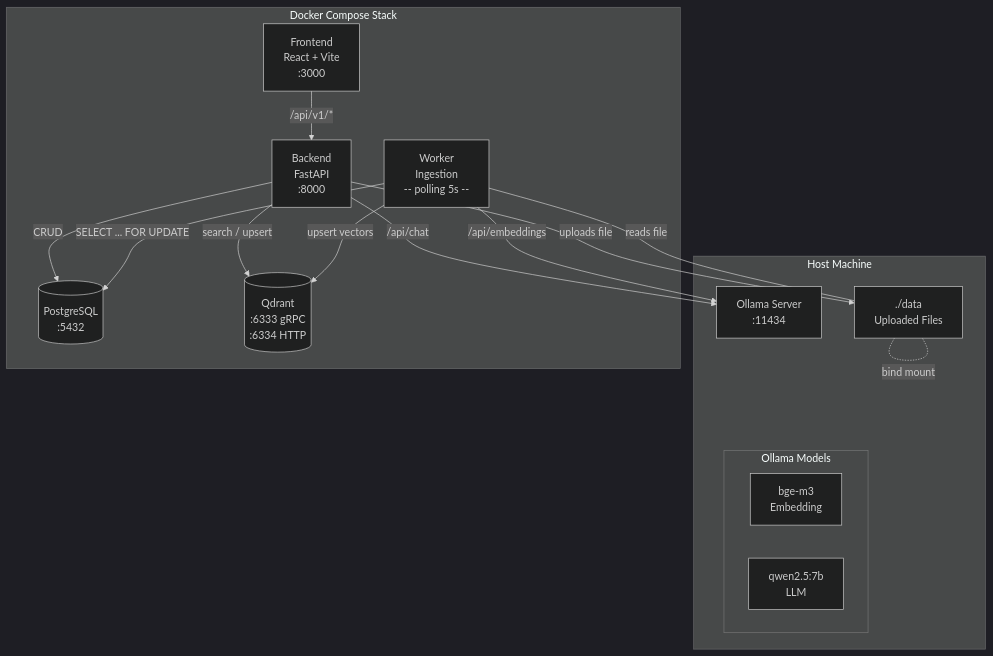
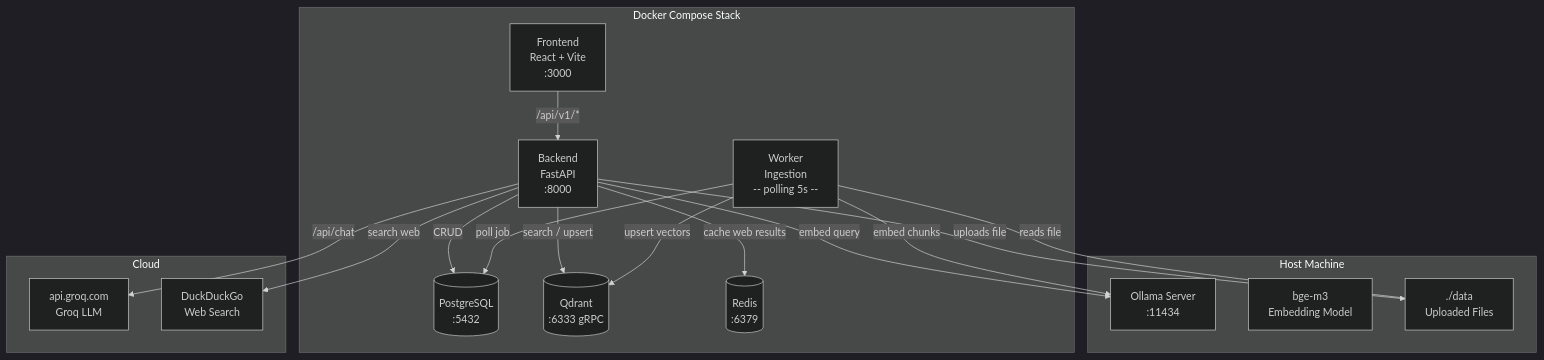
One commit to zidanbrilliant/chatbot-rag changed the first of 8 diagrams in README.md. Above: the diagram before and after it, drawn with Mermaid (dark theme). The commit also changed other lines of this file, not shown here.

Commit message:
docs: update README and AGENTS.md with hybrid search architecture

````diff
--- a/README.md
+++ b/README.md
@@ -41,30 +47,35 @@
 ```mermaid
 graph TB
     subgraph "Host Machine"
         OLLAMA[Ollama Server<br/>:11434]
-        subgraph "Ollama Models"
-            EMD[bge-m3<br/>Embedding]
-            LLM[qwen2.5:7b<br/>LLM]
-        end
+        EMD[bge-m3<br/>Embedding Model]
         DATA[./data<br/>Uploaded Files]
     end
 
     subgraph "Docker Compose Stack"
         FE[Frontend<br/>React + Vite<br/>:3000]
         BE[Backend<br/>FastAPI<br/>:8000]
         WK[Worker<br/>Ingestion<br/>-- polling 5s --]
         DB[(PostgreSQL<br/>:5432)]
-        QD[(Qdrant<br/>:6333 gRPC<br/>:6334 HTTP)]
+        QD[(Qdrant<br/>:6333 gRPC)]
+        RD[(Redis<br/>:6379)]
+    end
+
+    subgraph "Cloud"
+        GR["api.groq.com<br/>Groq LLM"]
+        WWW["DuckDuckGo<br/>Web Search"]
     end
 
     FE -->|/api/v1/*| BE
+    BE -->|CRUD| DB
     BE -->|search / upsert| QD
-    BE -->|CRUD| DB
-    WK -->|SELECT ... FOR UPDATE| DB
+    BE -->|cache web results| RD
+    BE -->|/api/chat| GR
+    BE -->|embed query| OLLAMA
+    BE -->|search web| WWW
+    WK -->|poll job| DB
     WK -->|upsert vectors| QD
-    BE -->|/api/chat| OLLAMA
-    WK -->|/api/embeddings| OLLAMA
+    WK -->|embed chunks| OLLAMA
     BE -->|uploads file| DATA
     WK ---|reads file| DATA
-    DATA -.-|bind mount| DATA
 ```
````
